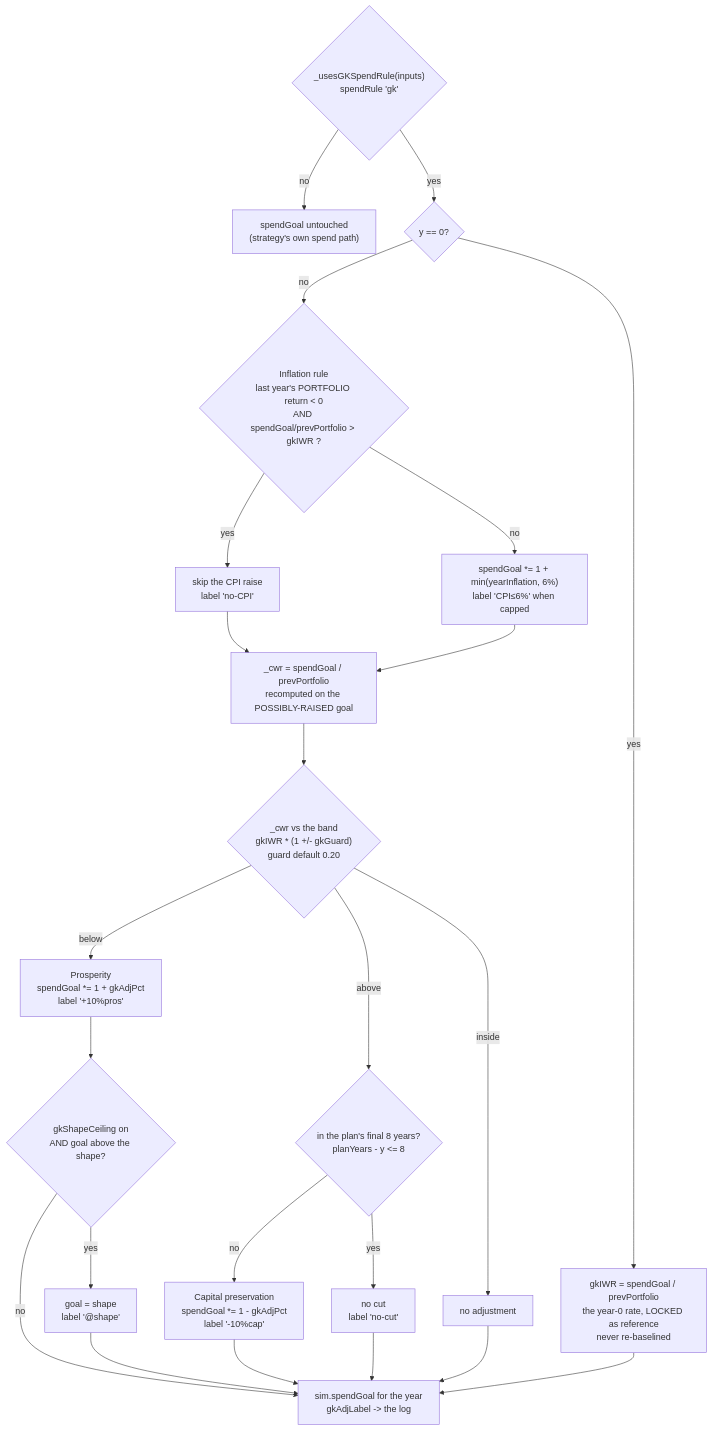
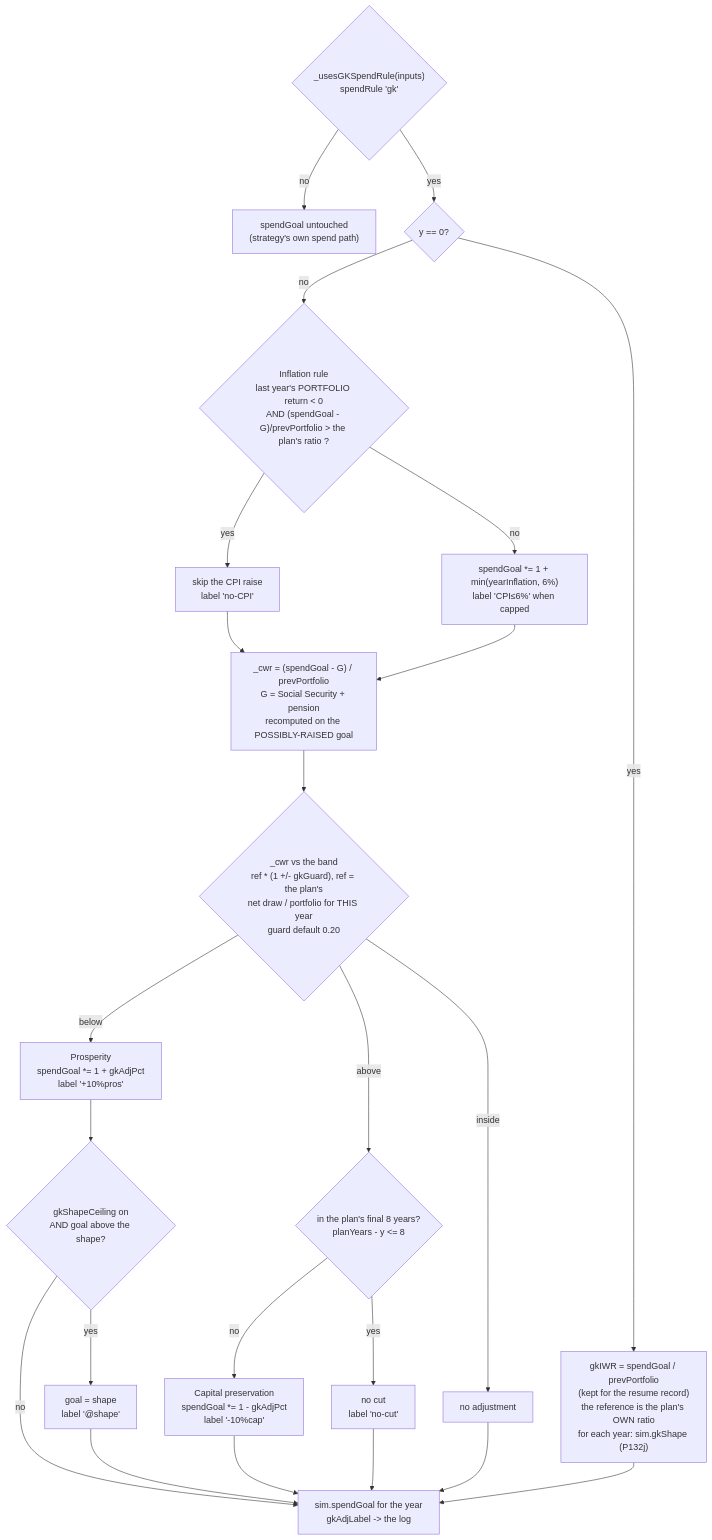
One commit to nightskyguy/retirement_assets changed the fourth of 9 diagrams in ARCHITECTURE.md. Above: the diagram before and after it, drawn with Mermaid. The commit also changed other lines of this file and 13 other files, not shown here.

````diff
--- a/ARCHITECTURE.md
+++ b/ARCHITECTURE.md
@@ -207,26 +207,26 @@
 ```mermaid
 flowchart TD
     G{"_usesGKSpendRule(inputs)<br/>spendRule 'gk'"}
     G -->|no| SKIP["spendGoal untouched<br/>(strategy's own spend path)"]
     G -->|yes| Y0{"y == 0?"}
-    Y0 -->|yes| SEED["gkIWR = spendGoal / prevPortfolio<br/>the year-0 rate, LOCKED as reference<br/>never re-baselined"]
-    Y0 -->|no| INF{"Inflation rule<br/>last year's PORTFOLIO return &lt; 0<br/>AND spendGoal/prevPortfolio &gt; gkIWR ?"}
+    Y0 -->|yes| SEED["gkIWR = spendGoal / prevPortfolio<br/>(kept for the resume record)<br/>the reference is the plan's OWN ratio<br/>for each year: sim.gkShape (P132j)"]
+    Y0 -->|no| INF{"Inflation rule<br/>last year's PORTFOLIO return &lt; 0<br/>AND (spendGoal - G)/prevPortfolio &gt; the plan's ratio ?"}
     INF -->|yes| NOCPI["skip the CPI raise<br/>label 'no-CPI'"]
     INF -->|no| CPI["spendGoal *= 1 + min(yearInflation, 6%)<br/>label 'CPI≤6%' when capped"]
-    NOCPI --> CWR["_cwr = spendGoal / prevPortfolio<br/>recomputed on the POSSIBLY-RAISED goal"]
+    NOCPI --> CWR["_cwr = (spendGoal - G) / prevPortfolio<br/>G = Social Security + pension<br/>recomputed on the POSSIBLY-RAISED goal"]
     CPI --> CWR
-    CWR --> BAND{"_cwr vs the band<br/>gkIWR * (1 +/- gkGuard)<br/>guard default 0.20"}
+    CWR --> BAND{"_cwr vs the band<br/>ref * (1 +/- gkGuard), ref = the plan's<br/>net draw / portfolio for THIS year<br/>guard default 0.20"}
     BAND -->|above| LATE{"in the plan's final 8 years?<br/>planYears - y &lt;= 8"}
     LATE -->|yes| NOCUT["no cut<br/>label 'no-cut'"]
     LATE -->|no| CAP["Capital preservation<br/>spendGoal *= 1 - gkAdjPct<br/>label '-10%cap'"]
     BAND -->|below| PROS["Prosperity<br/>spendGoal *= 1 + gkAdjPct<br/>label '+10%pros'"]
     BAND -->|inside| HOLD["no adjustment"]
     PROS --> CEIL{"gkShapeCeiling on<br/>AND goal above the shape?"}
     CEIL -->|yes| CLAMP["goal = shape<br/>label '@shape'"]
     CEIL -->|no| OUT
     CLAMP --> OUT
     CAP --> OUT["sim.spendGoal for the year<br/>gkAdjLabel -> the log"]
     NOCUT --> OUT
     HOLD --> OUT
     SEED --> OUT
 ```
````
